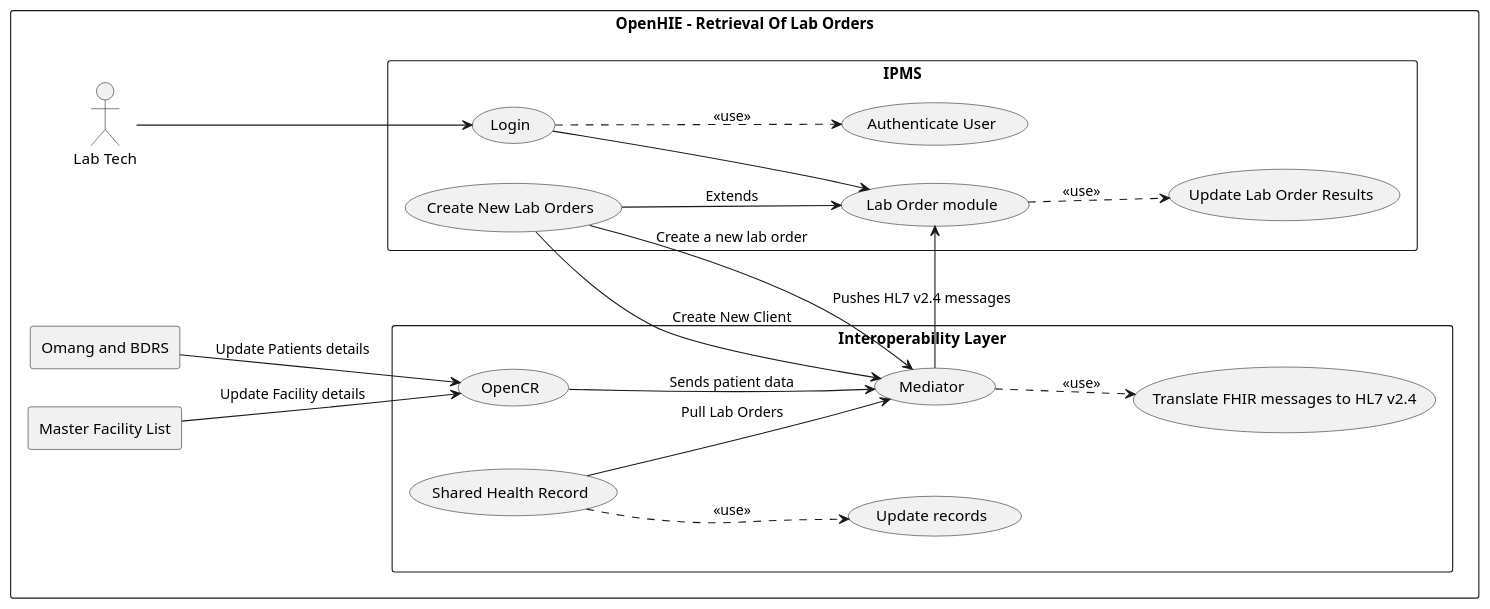
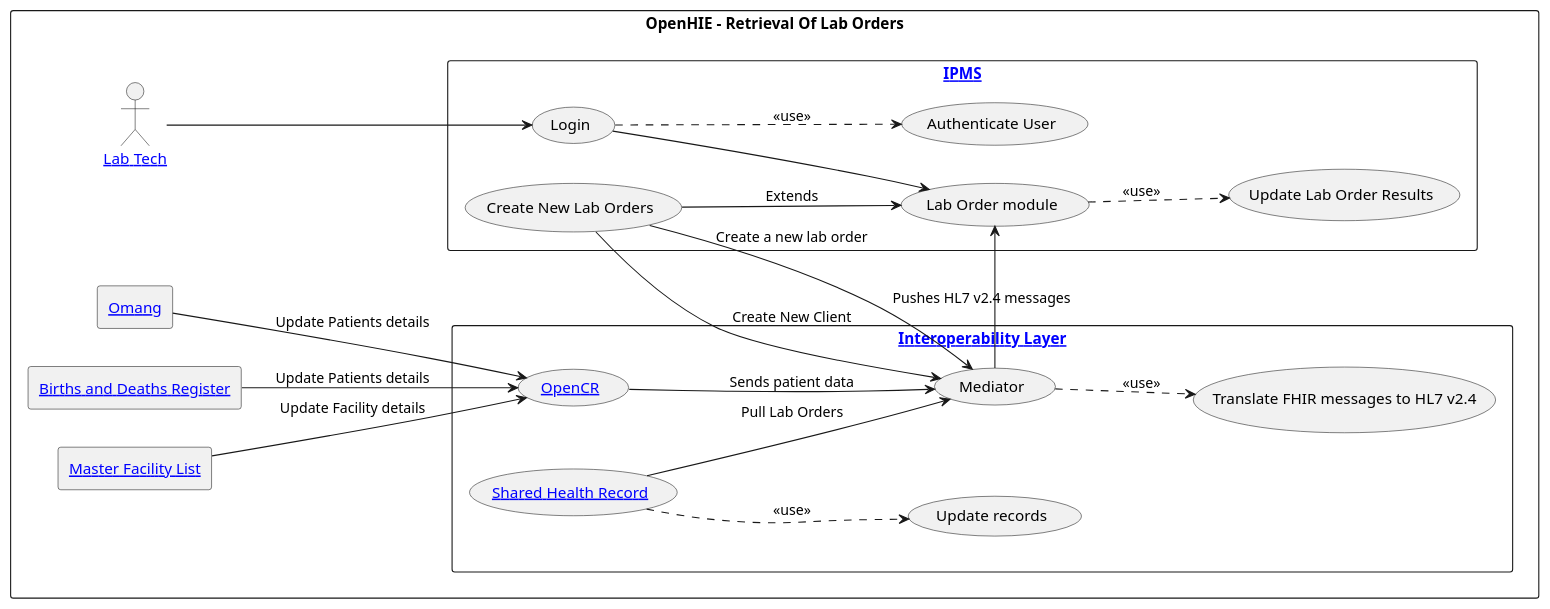
One commit to jembi/botswana-hie-fhir-ig changed the diagram in input/images-source/retrievalOfLabOrders.plantuml. Above: the diagram before and after it, drawn with PlantUML. The commit also changed 6 other files, not shown here.

```diff
--- a/input/images-source/retrievalOfLabOrders.plantuml
+++ b/input/images-source/retrievalOfLabOrders.plantuml
@@ -1,45 +1,47 @@
 @startuml RetrievalOfLabOrders
 left to right direction
 rectangle "OpenHIE - Retrieval Of Lab Orders" as RetrievalOfLabOrders {
-  actor "Lab Tech" as labTech
-  rectangle IPMS {
+  actor "[[ActorDefinition-LaboratoryTechnicianActorDefinitionExample.html Lab Tech]]" as labTech
+  rectangle "[[ActorDefinition-IPMSActorDefinitionExample.html IPMS]]" as IPMS {
   usecase "Login" as RLO1
   usecase "Authenticate User" as RLO2
   usecase "Lab Order module" as RLO3
   usecase "Update Lab Order Results" as RLO4
   usecase "Create New Lab Orders" as RLO5
   }
 
 labTech --> RLO1
 
 (RLO1) ..> (RLO2) : "<<use>>"
 (RLO3) ..> (RLO4) : "<<use>>"
 
 RLO1 --> RLO3
 RLO5 --> RLO3 : "Extends"
 
-  rectangle "Interoperability Layer" {
+  rectangle "[[ActorDefinition-InteroperabilityLayerActorDefinitionExample.html Interoperability Layer]]" as InteroperabilityLayer {
   usecase "Update records" as IL1
-  usecase "Shared Health Record" as IL2
+  usecase "[[ActorDefinition-SHRActorDefinitionExample.html Shared Health Record]]" as IL2
   usecase "Mediator" as IL3
   usecase "Translate FHIR messages to HL7 v2.4" as IL4
-  usecase "OpenCR" as IL5
+  usecase "[[ActorDefinition-ClientRegistryActorDefinitionExample.html OpenCR]]" as IL5
   }
 
   IL3 --> RLO3 : "Pushes HL7 v2.4 messages"
   RLO5 --> IL3 : "Create New Client"
   RLO5 --> IL3 : "Create a new lab order"
   IL5 --> IL3 : "Sends patient data"
   IL2 --> IL3 : "Pull Lab Orders"
 
   (IL2) ..> (IL1) : "<<use>>"
   (IL3) ..> (IL4) : "<<use>>"
 
-  rectangle "Omang and BDRS" as Omang
-  rectangle "Master Facility List" as MFL
+  rectangle "[[ActorDefinition-OmangActorDefinitionExample.html Omang]]" as Omang
+  rectangle "[[ActorDefinition-BDRSActorDefinitionExample.html Births and Deaths Register]]" as BDRS
+  rectangle "[[ActorDefinition-MFLActorDefinitionExample.html Master Facility List]]" as MFL
 
   (Omang) --> (IL5) : "Update Patients details"
+  (BDRS) --> (IL5) : "Update Patients details"
   (MFL) --> (IL5) : "Update Facility details"
 }
 
 @enduml
```
